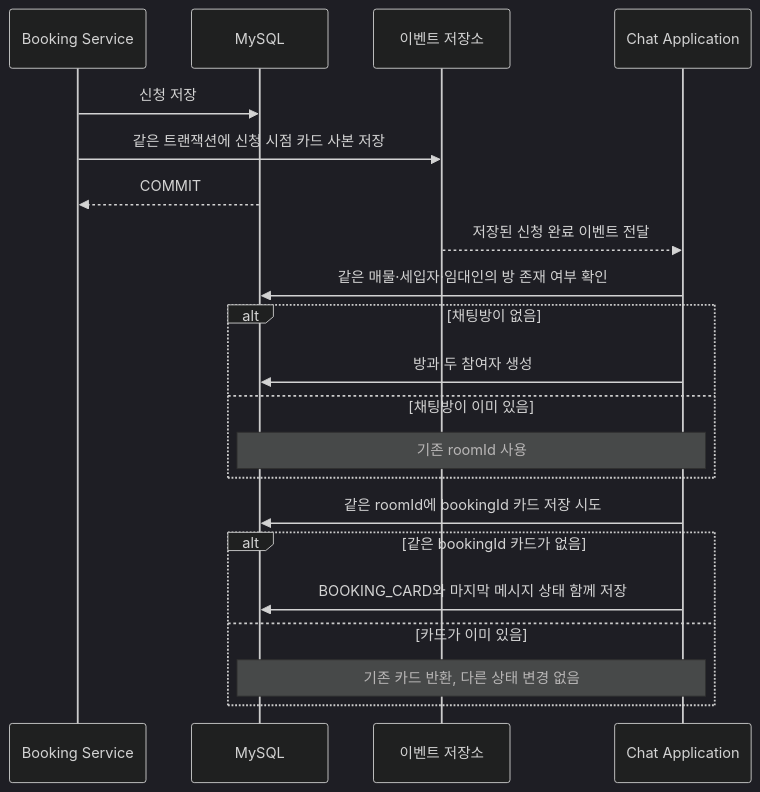
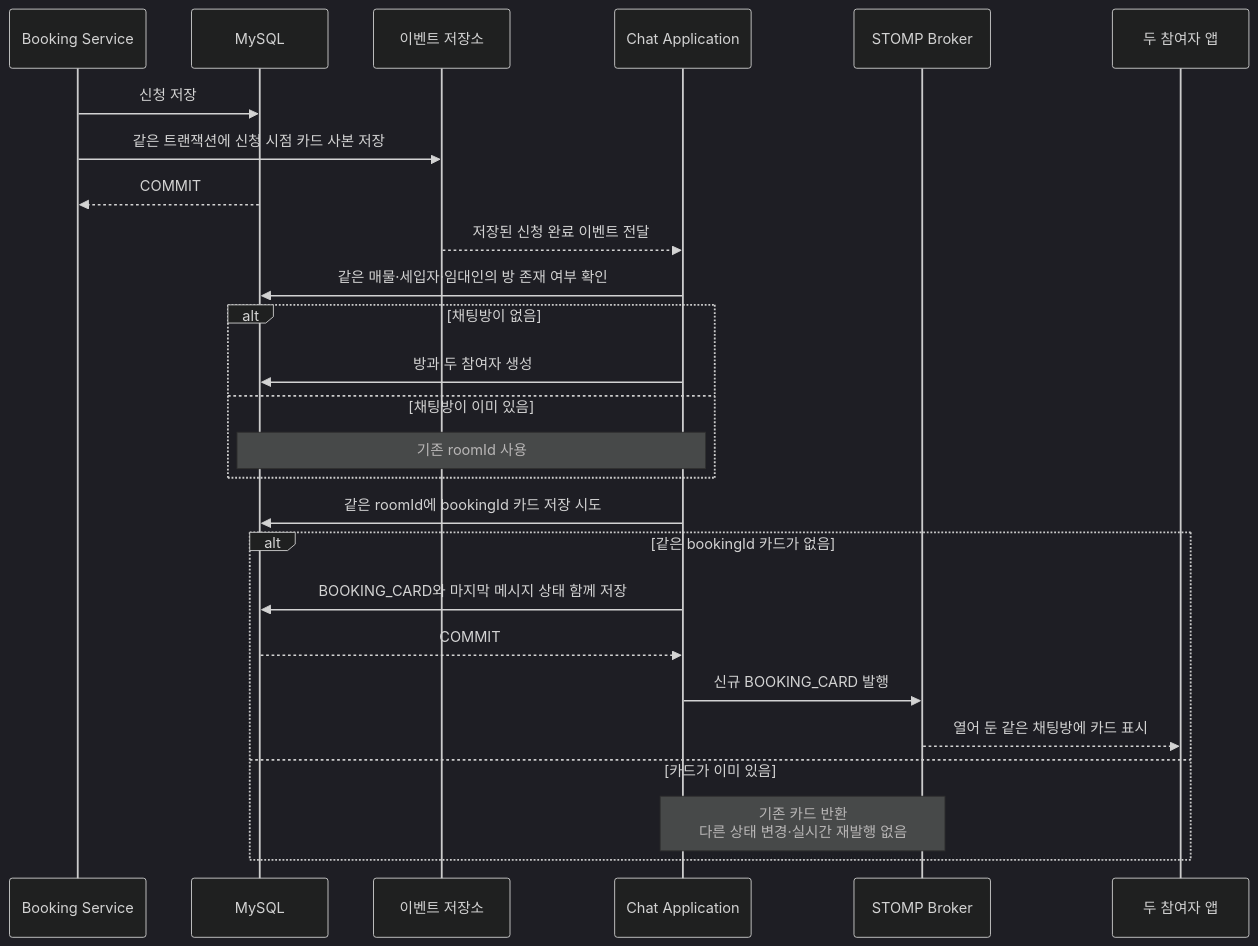
Before and after one commit to jameskim9509/Kohere-backend: the fifth of 16 diagrams in docs/architecture/chat/05-sequence-diagrams.md, drawn with Mermaid (dark theme). The commit also changed other lines of this file and 12 other files, not shown here.

Commit message:
feat(chat): BOOKING_CARD STOMP 실시간 전달 구현 (#250) (#251)

````diff
--- a/docs/architecture/chat/05-sequence-diagrams.md
+++ b/docs/architecture/chat/05-sequence-diagrams.md
@@ -126,27 +126,32 @@
 ```mermaid
 sequenceDiagram
     participant BOOK as Booking Service
     participant DB as MySQL
     participant EVENTS as 이벤트 저장소
     participant CHAT as Chat Application
+    participant BROKER as STOMP Broker
+    participant APP as 두 참여자 앱
 
     BOOK->>DB: 신청 저장
     BOOK->>EVENTS: 같은 트랜잭션에 신청 시점 카드 사본 저장
     DB-->>BOOK: COMMIT
     EVENTS-->>CHAT: 저장된 신청 완료 이벤트 전달
     CHAT->>DB: 같은 매물·세입자·임대인의 방 존재 여부 확인
 
     alt 채팅방이 없음
         CHAT->>DB: 방과 두 참여자 생성
     else 채팅방이 이미 있음
         Note over CHAT,DB: 기존 roomId 사용
     end
 
     CHAT->>DB: 같은 roomId에 bookingId 카드 저장 시도
 
     alt 같은 bookingId 카드가 없음
         CHAT->>DB: BOOKING_CARD와 마지막 메시지 상태 함께 저장
+        DB-->>CHAT: COMMIT
+        CHAT->>BROKER: 신규 BOOKING_CARD 발행
+        BROKER-->>APP: 열어 둔 같은 채팅방에 카드 표시
     else 카드가 이미 있음
-        Note over CHAT,DB: 기존 카드 반환, 다른 상태 변경 없음
+        Note over CHAT,BROKER: 기존 카드 반환<br/>다른 상태 변경·실시간 재발행 없음
     end
 ```
````
